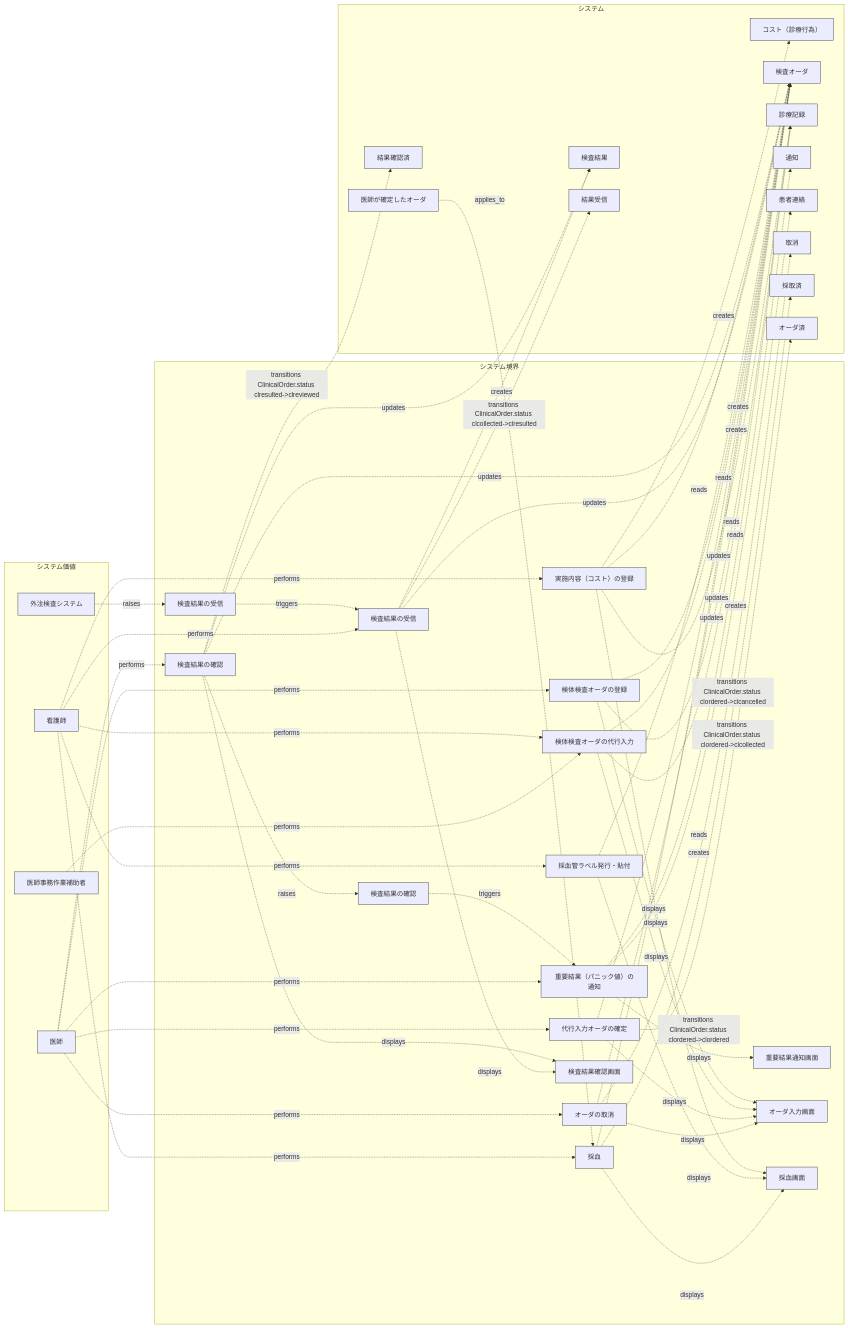
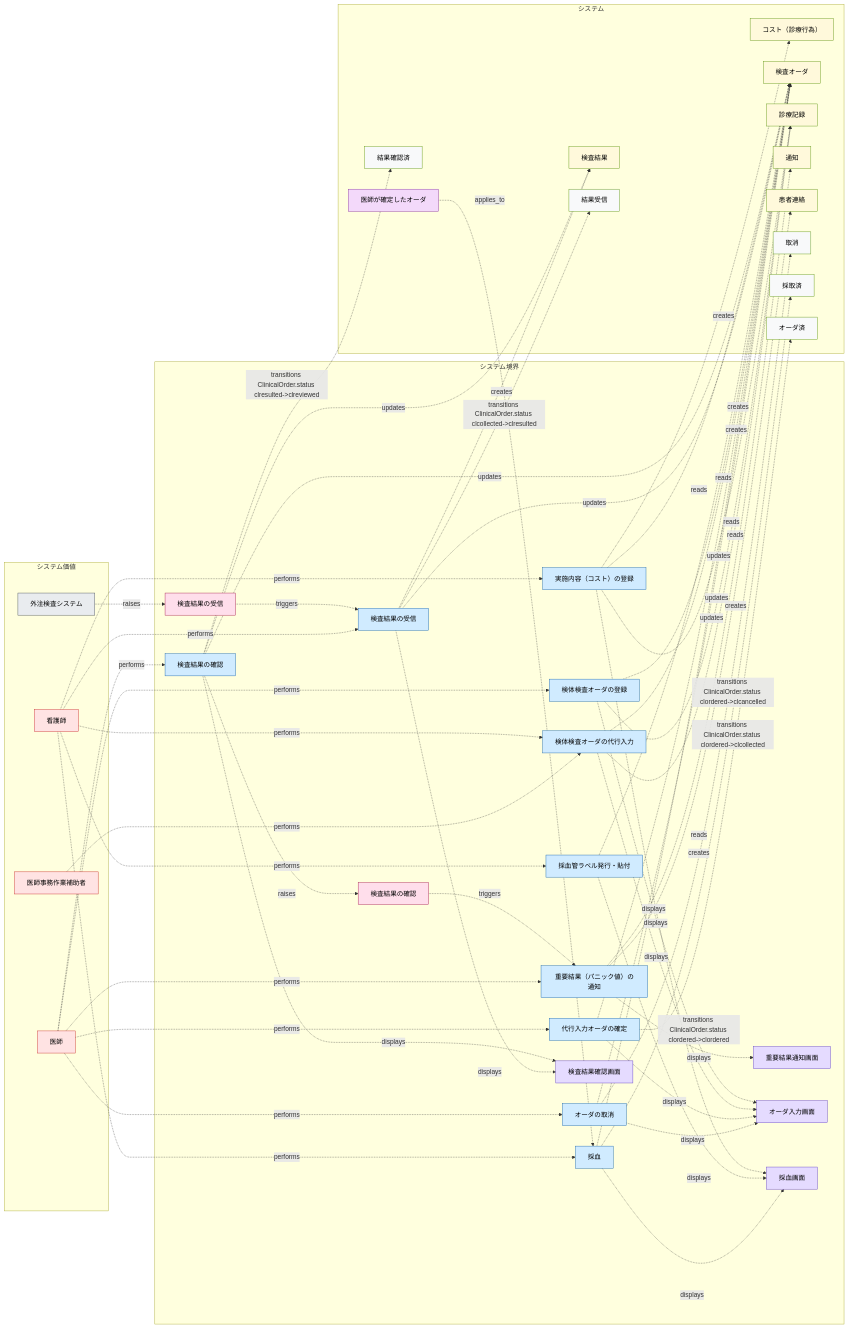
Diagram 13 of 27 in samples/clinic-ops/design-sample.md (manji-0/rdra-ish-dsl), drawn with Mermaid before and after one commit. The commit also changed other lines of this file and 76 other files, not shown here.

First line of the commit message:
feat(cli): colour each RDRA element family in the flowchart diagrams

````diff
--- a/samples/clinic-ops/design-sample.md
+++ b/samples/clinic-ops/design-sample.md
@@ -1480,12 +1480,12 @@
   %% derived usecase__ReviewLabResult -> entity__ClinicalOrder via api__ResultReviewApi
   usecase__ReviewLabResult -.->|updates| entity__LabResult
   %% derived usecase__ReviewLabResult -> entity__LabResult via api__ResultReviewApi
-  classDef actor stroke:#333;
-  classDef extsystem stroke:#333;
-  classDef usecase stroke:#333;
-  classDef screen stroke:#333;
-  classDef event stroke:#333;
-  classDef entity stroke:#333;
-  classDef state stroke:#333;
-  classDef condition stroke:#333;
+  classDef actor fill:#ffe3e3,stroke:#c92a2a,color:#000;
+  classDef extsystem fill:#e9ecef,stroke:#495057,color:#000;
+  classDef usecase fill:#d0ebff,stroke:#1864ab,color:#000;
+  classDef screen fill:#e5dbff,stroke:#5f3dc4,color:#000;
+  classDef event fill:#ffdeeb,stroke:#a61e4d,color:#000;
+  classDef entity fill:#fff9db,stroke:#5c940d,color:#000;
+  classDef state fill:#f8f9fa,stroke:#5c940d,color:#000;
+  classDef condition fill:#f3d9fa,stroke:#862e9c,color:#000;
 ```
````
